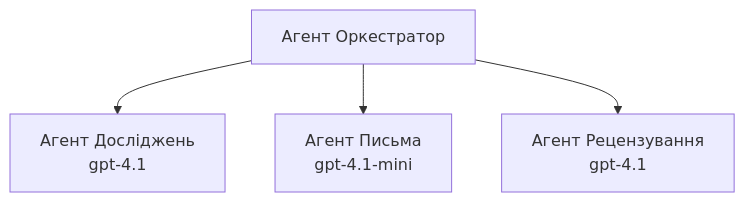
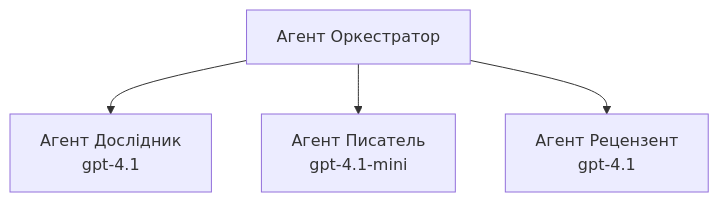
Before and after one commit to microsoft/AZD-for-beginners: the third of 3 diagrams in translations/uk/docs/chapter-02-ai-development/agents.md, drawn with Mermaid. The commit also changed other lines of this file and 104 other files, not shown here.

````diff
--- a/translations/uk/docs/chapter-02-ai-development/agents.md
+++ b/translations/uk/docs/chapter-02-ai-development/agents.md
@@ -194,6 +201,6 @@
 ```mermaid
 graph TD
-    Orchestrator[Агент Оркестратор] --> Research[Агент Досліджень<br/>gpt-4.1]
-    Orchestrator --> Writer[Агент Письма<br/>gpt-4.1-mini]
-    Orchestrator --> Reviewer[Агент Рецензування<br/>gpt-4.1]
+    Orchestrator[Агент Оркестратор] --> Research[Агент Дослідник<br/>gpt-4.1]
+    Orchestrator --> Writer[Агент Писатель<br/>gpt-4.1-mini]
+    Orchestrator --> Reviewer[Агент Рецензент<br/>gpt-4.1]
 ```
````
